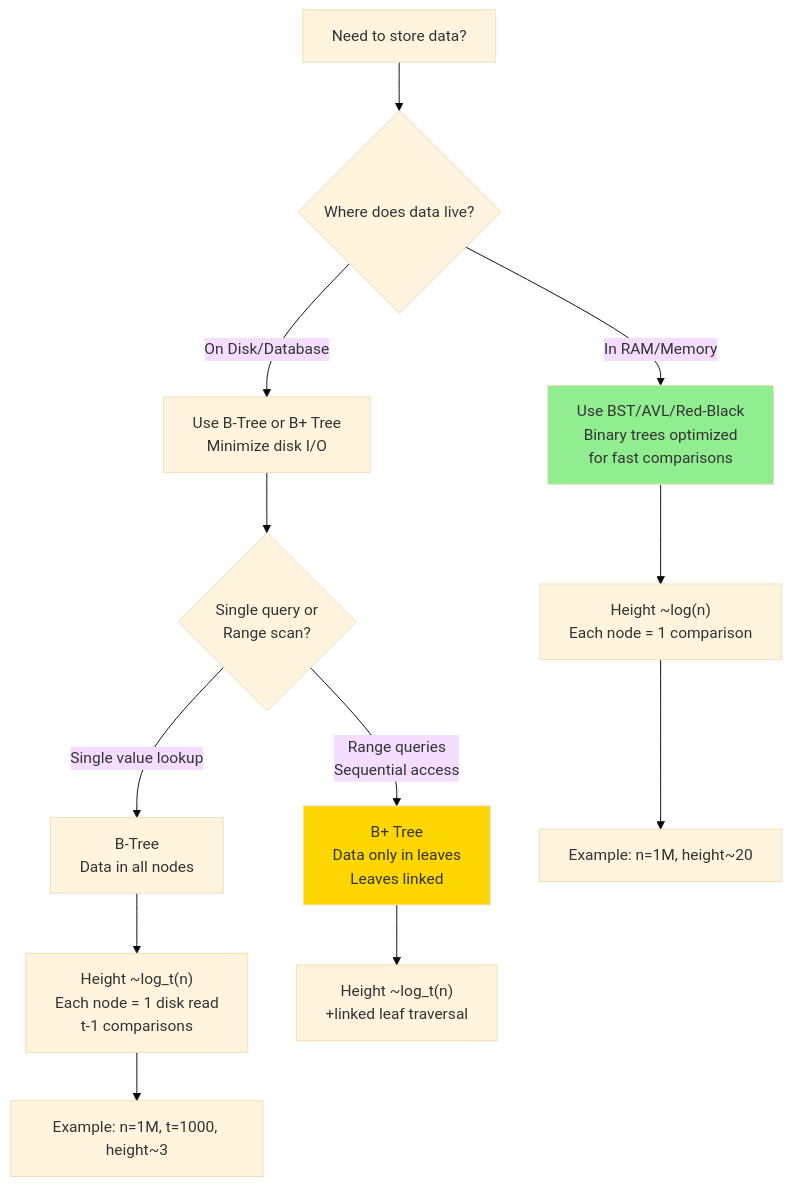
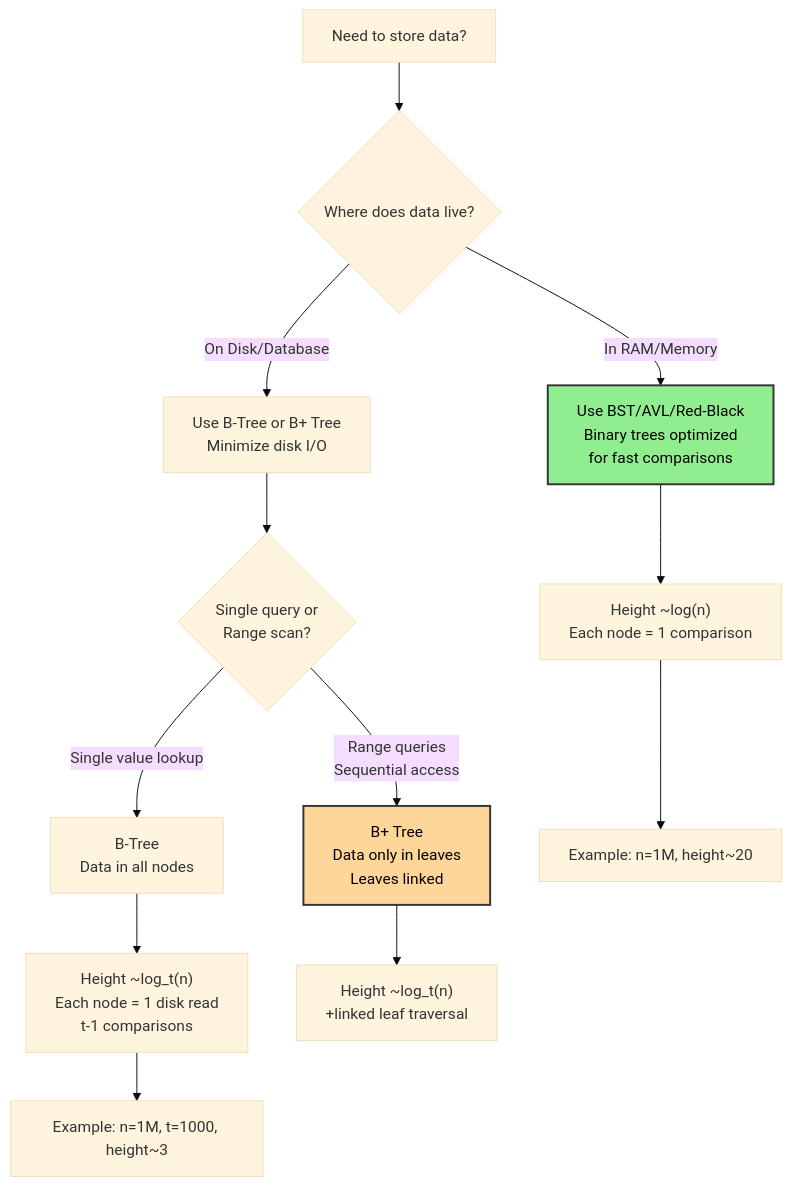
One commit to souradeepta/interviewprep changed the first of 3 diagrams in docs/advanced/btree.md. Above: the diagram before and after it, drawn with Mermaid (base theme). The commit also changed other lines of this file and 31 other files, not shown here.

Commit message:
updated graphs

````diff
--- a/docs/advanced/btree.md
+++ b/docs/advanced/btree.md
@@ -19,20 +19,20 @@
 ```mermaid
 graph TD
     A["Need to store data?"] --> B{"Where does data live?"}
     B -->|In RAM/Memory| C["Use BST/AVL/Red-Black<br/>Binary trees optimized<br/>for fast comparisons"]
     B -->|On Disk/Database| D["Use B-Tree or B+ Tree<br/>Minimize disk I/O"]
     
     D --> E{"Single query or<br/>Range scan?"}
     E -->|Single value lookup| F["B-Tree<br/>Data in all nodes"]
     E -->|Range queries<br/>Sequential access| G["B+ Tree<br/>Data only in leaves<br/>Leaves linked"]
     
     C --> H["Height ~log(n)<br/>Each node = 1 comparison"]
     F --> I["Height ~log_t(n)<br/>Each node = 1 disk read<br/>t-1 comparisons"]
     G --> J["Height ~log_t(n)<br/>+linked leaf traversal"]
     
     H --> K["Example: n=1M, height~20"]
     I --> L["Example: n=1M, t=1000, height~3"]
     
-    style C fill:#90EE90
-    style G fill:#FFD700
+    style C fill:#90ee90,color:#000,stroke:#333,stroke-width:2px
+    style G fill:#ffd699,color:#000,stroke:#333,stroke-width:2px
 ```
````
